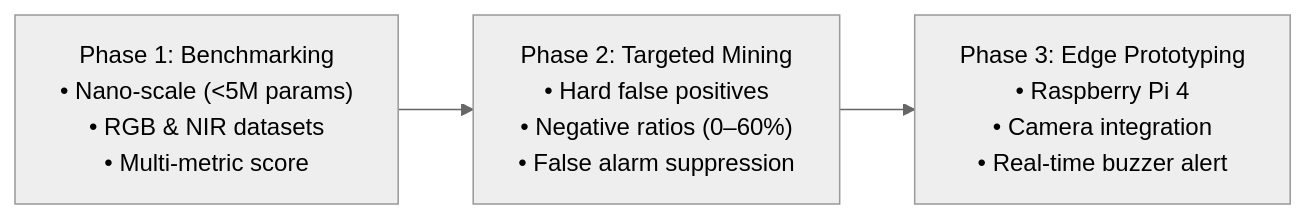
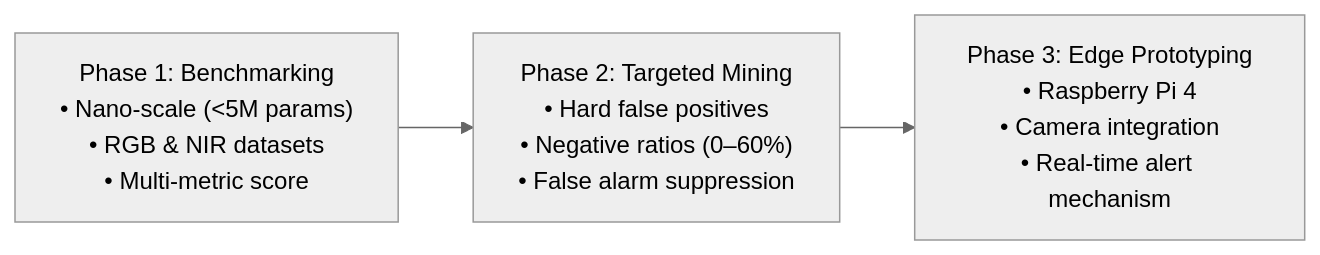
One commit to IamOumarIbrahim/senior-design-project changed the diagram in README.md. Above: the diagram before and after it, drawn with Mermaid (neutral theme). The commit also changed other lines of this file, not shown here.

````diff
--- a/README.md
+++ b/README.md
@@ -71,5 +93,5 @@
 ```mermaid
 flowchart LR
     A["Phase 1: Benchmarking<br/>• Nano-scale (<5M params)<br/>• RGB & NIR datasets<br/>• Multi-metric score"] --> B["Phase 2: Targeted Mining<br/>• Hard false positives<br/>• Negative ratios (0–60%)<br/>• False alarm suppression"]
-    B --> C["Phase 3: Edge Prototyping<br/>• Raspberry Pi 4<br/>• Camera integration<br/>• Real-time buzzer alert"]
+    B --> C["Phase 3: Edge Prototyping<br/>• Raspberry Pi 4<br/>• Camera integration<br/>• Real-time alert mechanism"]
 ```
````
